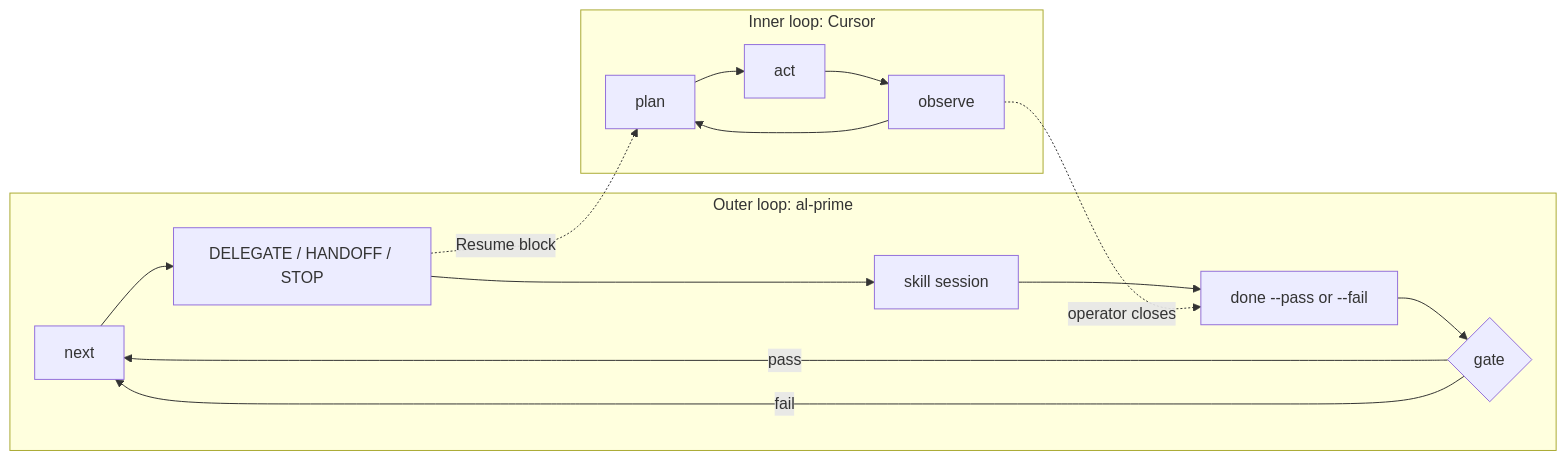
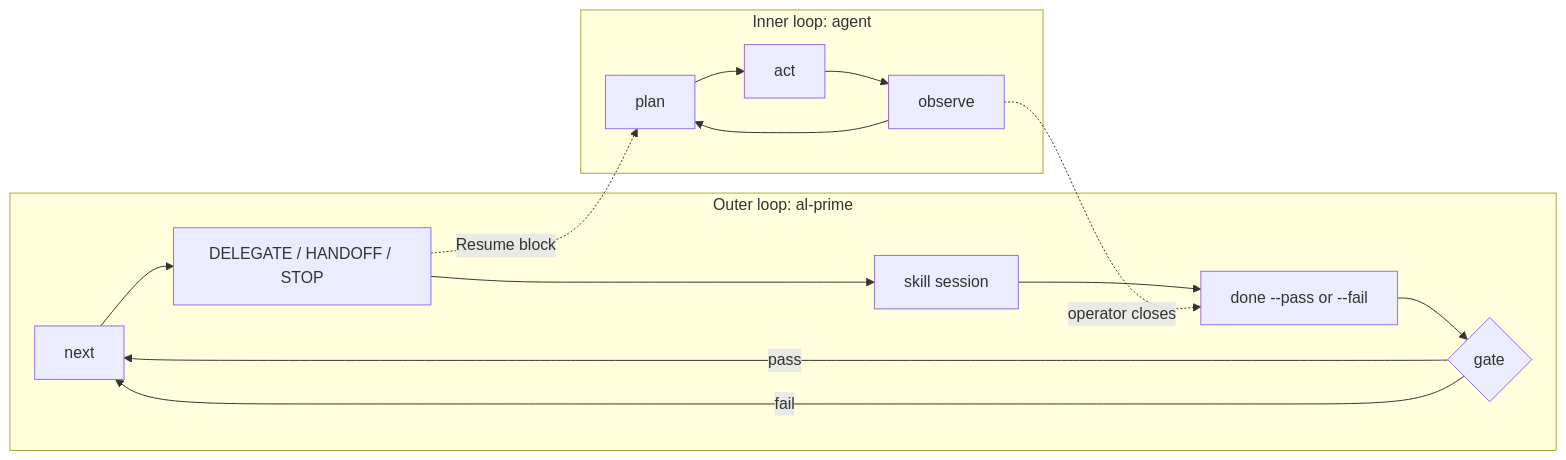
Before and after one commit to AlessandroAnnini/agentic-loop-prime: the first of 5 diagrams in docs/how-it-works.md, drawn with Mermaid. The commit also changed other lines of this file and 32 other files, not shown here.

````diff
--- a/docs/how-it-works.md
+++ b/docs/how-it-works.md
@@ -9,20 +9,20 @@
 ```mermaid
 flowchart LR
   subgraph outer ["Outer loop: al-prime"]
     N["next"] --> D["DELEGATE / HANDOFF / STOP"]
     D --> S["skill session"]
     S --> C["done --pass or --fail"]
     C --> G{"gate"}
     G -->|pass| N
     G -->|fail| N
   end
 
-  subgraph inner ["Inner loop: Cursor"]
+  subgraph inner ["Inner loop: agent"]
     P["plan"] --> A["act"]
     A --> O["observe"]
     O --> P
   end
 
   D -.->|Resume block| P
   O -.->|operator closes| C
 ```
````
